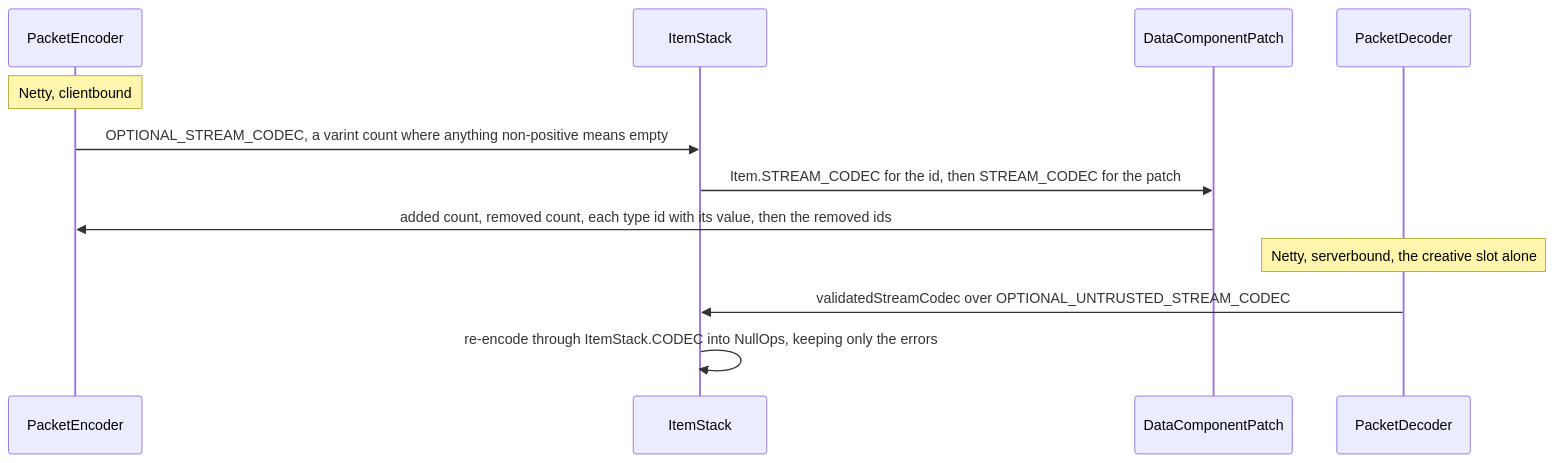
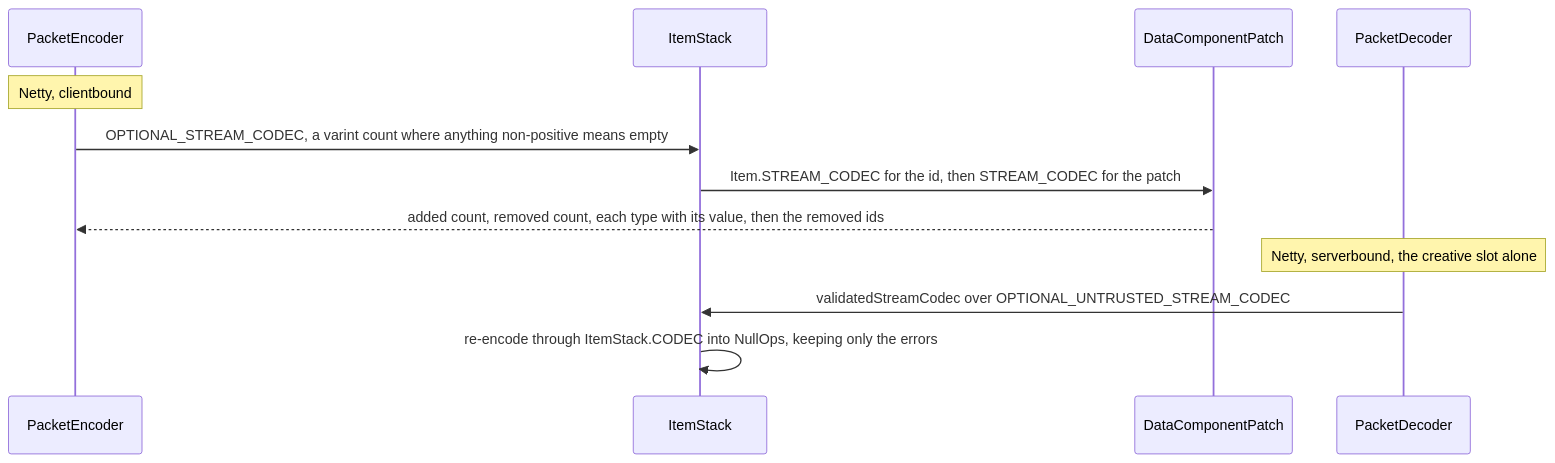
The second of 4 diagrams in src/systems/foundations/codecs-nbt-json.md (AlexanderjFraser/MinecraftDocs), drawn with Mermaid before and after one commit. The commit also changed other lines of this file and 14 other files, not shown here.

````diff
--- a/src/systems/foundations/codecs-nbt-json.md
+++ b/src/systems/foundations/codecs-nbt-json.md
@@ -83,15 +94,15 @@
 ```mermaid
 sequenceDiagram
     participant PEnc as PacketEncoder
     participant IStack as ItemStack
     participant DCP as DataComponentPatch
     participant PDec as PacketDecoder
 
     Note over PEnc: Netty, clientbound
     PEnc->>IStack: OPTIONAL_STREAM_CODEC, a varint count where anything non-positive means empty
     IStack->>DCP: Item.STREAM_CODEC for the id, then STREAM_CODEC for the patch
-    DCP->>PEnc: added count, removed count, each type id with its value, then the removed ids
+    DCP-->>PEnc: added count, removed count, each type with its value, then the removed ids
     Note over PDec: Netty, serverbound, the creative slot alone
     PDec->>IStack: validatedStreamCodec over OPTIONAL_UNTRUSTED_STREAM_CODEC
     IStack->>IStack: re-encode through ItemStack.CODEC into NullOps, keeping only the errors
 ```
````
